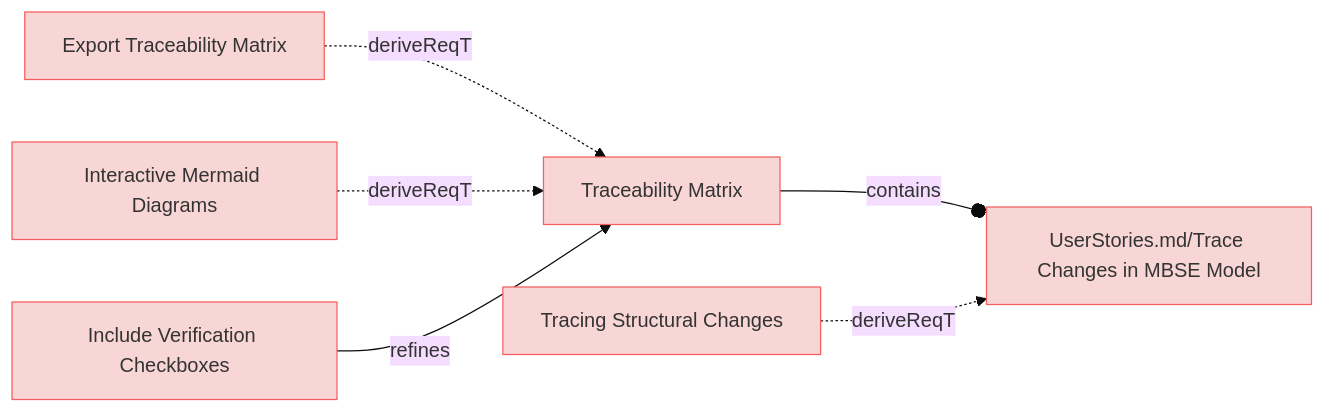
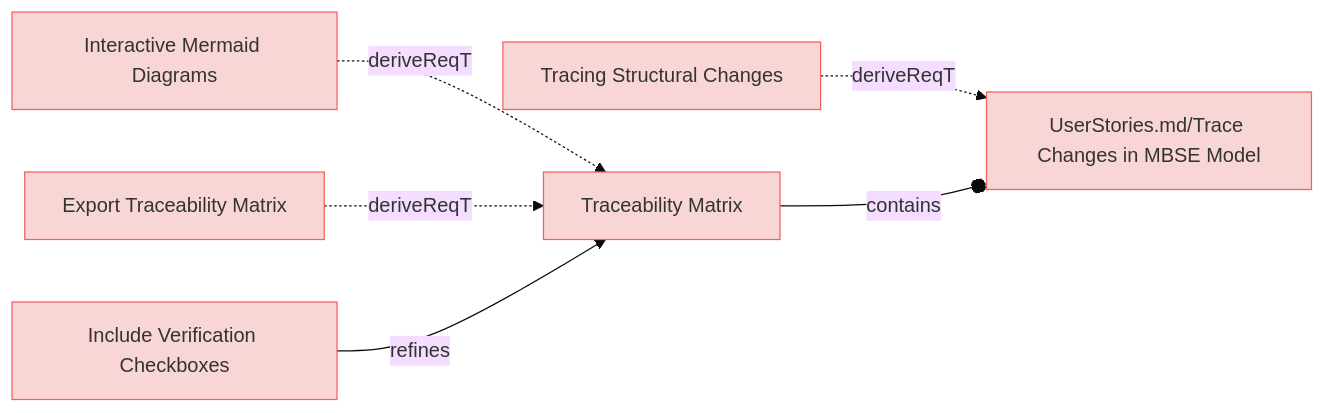
One commit to reqvire-org/reqvire changed the sixth of 9 diagrams in specifications/UserRequirements.md. Above: the diagram before and after it, drawn with Mermaid (base theme). The commit also changed other lines of this file and 72 other files, not shown here.

Commit message:
Major rework of the logic in reqvire. It uses git repository root as root folder and everything else is relative to it. External folders and specifications folder concept has been deprecated.

````diff
--- a/specifications/UserRequirements.md
+++ b/specifications/UserRequirements.md
@@ -448,32 +448,32 @@
 ```mermaid
 graph LR;
   %% Graph styling
   classDef requirement fill:#f9d6d6,stroke:#f55f5f,stroke-width:1px;
   classDef verification fill:#d6f9d6,stroke:#5fd75f,stroke-width:1px;
   classDef externalLink fill:#d0e0ff,stroke:#3080ff,stroke-width:1px;
   classDef default fill:#f5f5f5,stroke:#333333,stroke-width:1px;
 
-  92ab92840dee10a5["Export Traceability Matrix"];
-  click 92ab92840dee10a5 "https://github.com/Reqvire/reqvire/blob/ad88ba6b828e94c93382866fefd058c011c1ac60/specifications/UserRequirements.md#export-traceability-matrix";
-  class 92ab92840dee10a5 requirement;
+  9b9c33c7182d6eeb["Tracing Structural Changes"];
+  click 9b9c33c7182d6eeb "UserRequirements.md#tracing-structural-changes";
+  class 9b9c33c7182d6eeb requirement;
+  2591b90e1fb90daa["UserStories.md/Trace Changes in MBSE Model"];
+  class 2591b90e1fb90daa requirement;
+  click 2591b90e1fb90daa "UserStories.md#trace-changes-in-mbse-model";
+  9b9c33c7182d6eeb -.->|deriveReqT| 2591b90e1fb90daa;
+  b8997351b6f34048["Interactive Mermaid Diagrams"];
+  click b8997351b6f34048 "UserRequirements.md#interactive-mermaid-diagrams";
+  class b8997351b6f34048 requirement;
   c5b8a7944b6943e2["Traceability Matrix"];
   class c5b8a7944b6943e2 requirement;
-  click c5b8a7944b6943e2 "https://github.com/Reqvire/reqvire/blob/ad88ba6b828e94c93382866fefd058c011c1ac60/specifications/UserRequirements.md#traceability-matrix";
+  click c5b8a7944b6943e2 "UserRequirements.md#traceability-matrix";
+  b8997351b6f34048 -.->|deriveReqT| c5b8a7944b6943e2;
+  92ab92840dee10a5["Export Traceability Matrix"];
+  click 92ab92840dee10a5 "UserRequirements.md#export-traceability-matrix";
+  class 92ab92840dee10a5 requirement;
   92ab92840dee10a5 -.->|deriveReqT| c5b8a7944b6943e2;
-  b8997351b6f34048["Interactive Mermaid Diagrams"];
-  click b8997351b6f34048 "https://github.com/Reqvire/reqvire/blob/ad88ba6b828e94c93382866fefd058c011c1ac60/specifications/UserRequirements.md#interactive-mermaid-diagrams";
-  class b8997351b6f34048 requirement;
-  b8997351b6f34048 -.->|deriveReqT| c5b8a7944b6943e2;
-  2591b90e1fb90daa["UserStories.md/Trace Changes in MBSE Model"];
-  class 2591b90e1fb90daa requirement;
-  click 2591b90e1fb90daa "https://github.com/Reqvire/reqvire/blob/ad88ba6b828e94c93382866fefd058c011c1ac60/specifications/UserStories.md#trace-changes-in-mbse-model";
-  c5b8a7944b6943e2 --o|contains| 2591b90e1fb90daa;
   4bedae4112e254b["Include Verification Checkboxes"];
-  click 4bedae4112e254b "https://github.com/Reqvire/reqvire/blob/ad88ba6b828e94c93382866fefd058c011c1ac60/specifications/UserRequirements.md#include-verification-checkboxes";
+  click 4bedae4112e254b "UserRequirements.md#include-verification-checkboxes";
   class 4bedae4112e254b requirement;
   4bedae4112e254b -->|refines| c5b8a7944b6943e2;
-  9b9c33c7182d6eeb["Tracing Structural Changes"];
-  click 9b9c33c7182d6eeb "https://github.com/Reqvire/reqvire/blob/ad88ba6b828e94c93382866fefd058c011c1ac60/specifications/UserRequirements.md#tracing-structural-changes";
-  class 9b9c33c7182d6eeb requirement;
-  9b9c33c7182d6eeb -.->|deriveReqT| 2591b90e1fb90daa;
+  c5b8a7944b6943e2 --o|contains| 2591b90e1fb90daa;
 ```
````
